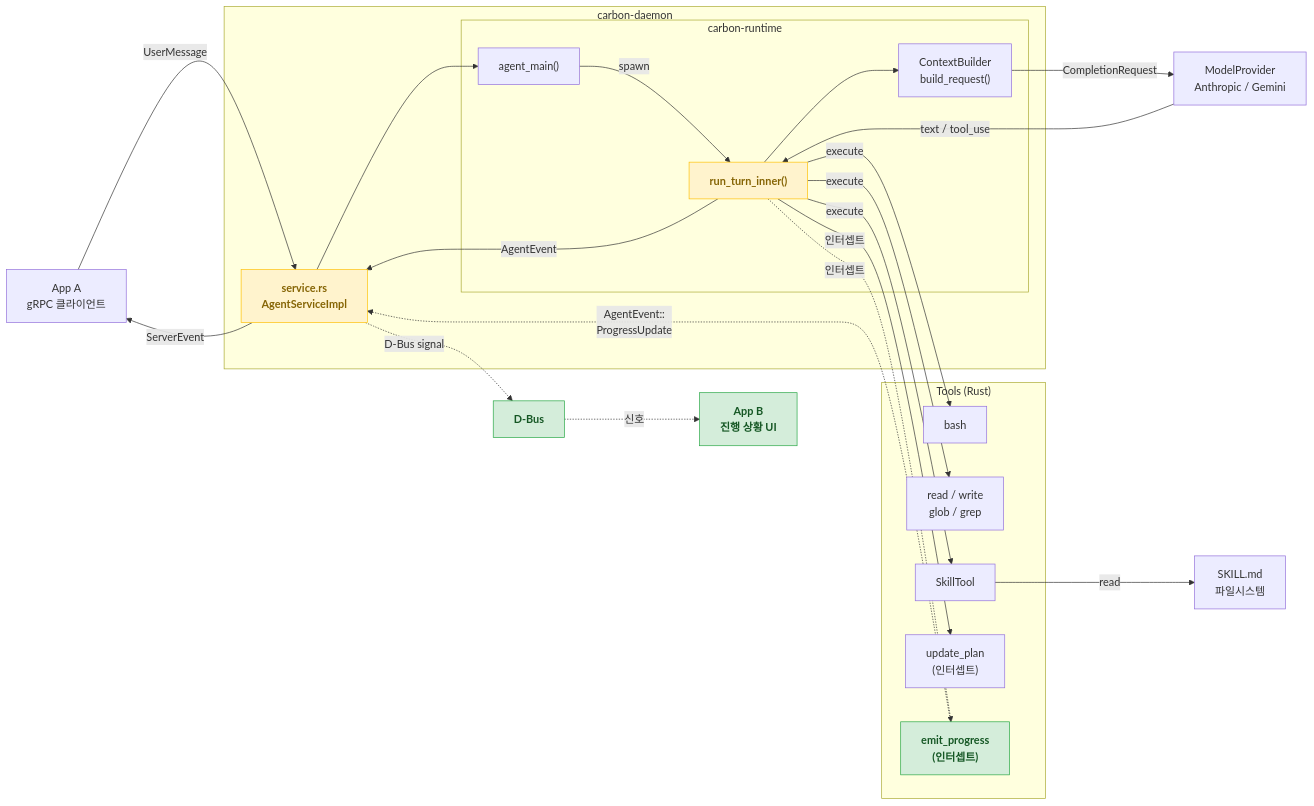
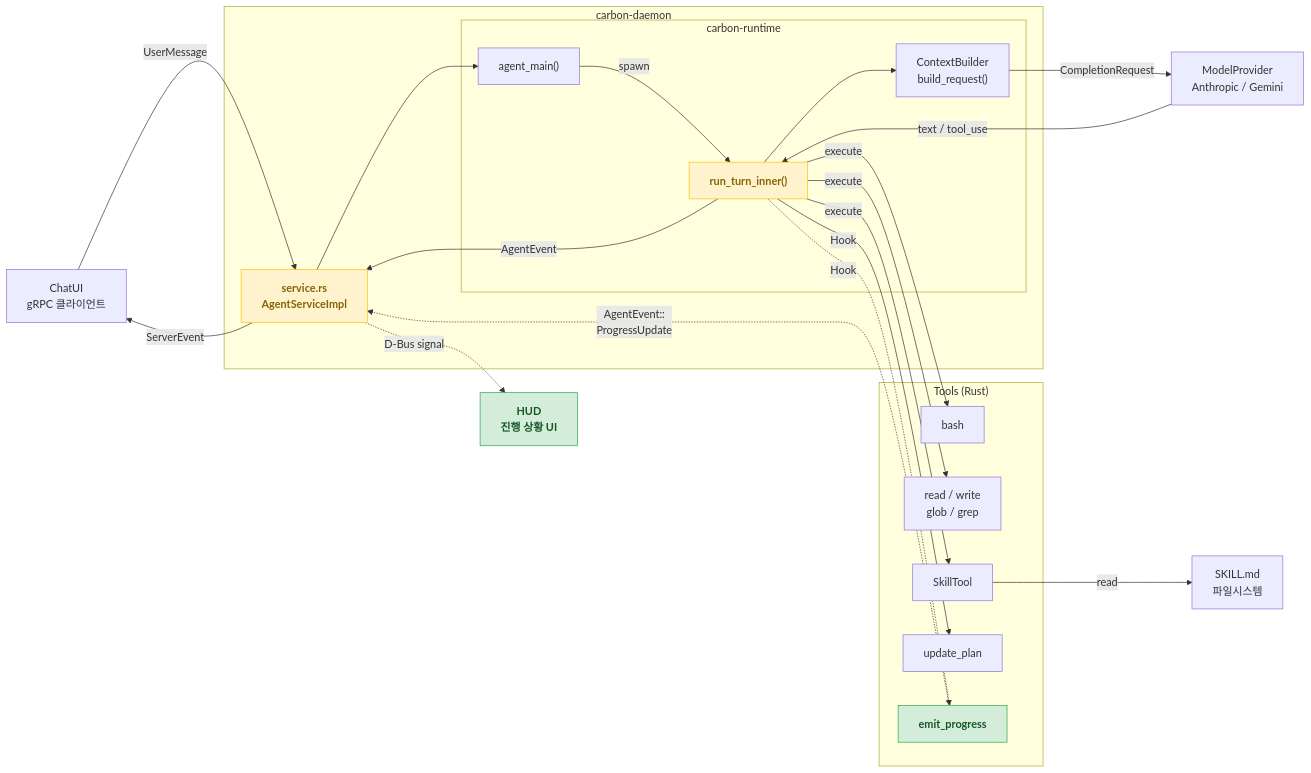
One commit to shyunMin/tizen-chat changed the first of 3 diagrams in docs/dbus-progress-design.md. Above: the diagram before and after it, drawn with Mermaid. The commit also changed other lines of this file, not shown here.

````diff
--- a/docs/dbus-progress-design.md
+++ b/docs/dbus-progress-design.md
@@ -19,50 +19,48 @@
 ```mermaid
 flowchart LR
-    AppA["App A\ngRPC 클라이언트"]
-    AppB["App B\n진행 상황 UI"]:::new
+    AppA["ChatUI\ngRPC 클라이언트"]
+    AppB["HUD\n진행 상황 UI"]:::new
 
     subgraph Daemon["carbon-daemon"]
         Svc["service.rs\nAgentServiceImpl"]:::modified
 
         subgraph Runtime["carbon-runtime"]
             AM["agent_main()"]
             Turn["run_turn_inner()"]:::modified
             Ctx["ContextBuilder\nbuild_request()"]
         end
     end
 
     LLM["ModelProvider\nAnthropic / Gemini"]
 
     subgraph ToolSet["Tools (Rust)"]
         Bash["bash"]
         RW["read / write\nglob / grep"]
         SkillT["SkillTool"]
-        UP["update_plan\n(인터셉트)"]
-        EP["emit_progress\n(인터셉트)"]:::new
+        UP["update_plan"]
+        EP["emit_progress"]:::new
     end
 
     SkillFS["SKILL.md\n파일시스템"]
-    DBus["D-Bus"]:::new
 
     AppA     -->  |"UserMessage"| Svc
     Svc      -->  AM
     AM       -->  |"spawn"| Turn
     Turn     -->  Ctx
     Ctx      -->  |"CompletionRequest"| LLM
     LLM      -->  |"text / tool_use"| Turn
     Turn     -->  |"execute"| Bash
     Turn     -->  |"execute"| RW
     Turn     -->  |"execute"| SkillT
-    Turn     -->  |"인터셉트"| UP
+    Turn     -->  |"Hook"| UP
     SkillT   -->  |"read"| SkillFS
     Turn     -->  |"AgentEvent"| Svc
     Svc      -->  |"ServerEvent"| AppA
 
-    Turn     -.-> |"인터셉트"| EP
+    Turn     -.-> |"Hook"| EP
     EP       -.-> |"AgentEvent::\nProgressUpdate"| Svc
-    Svc      -.-> |"D-Bus signal"| DBus
-    DBus     -.-> |"신호"| AppB
+    Svc      -.-> |"D-Bus signal"| AppB
 
     classDef new      fill:#d4edda,stroke:#28a745,color:#155724,font-weight:bold
     classDef modified fill:#fff3cd,stroke:#ffc107,color:#856404,font-weight:bold
 ```
````
